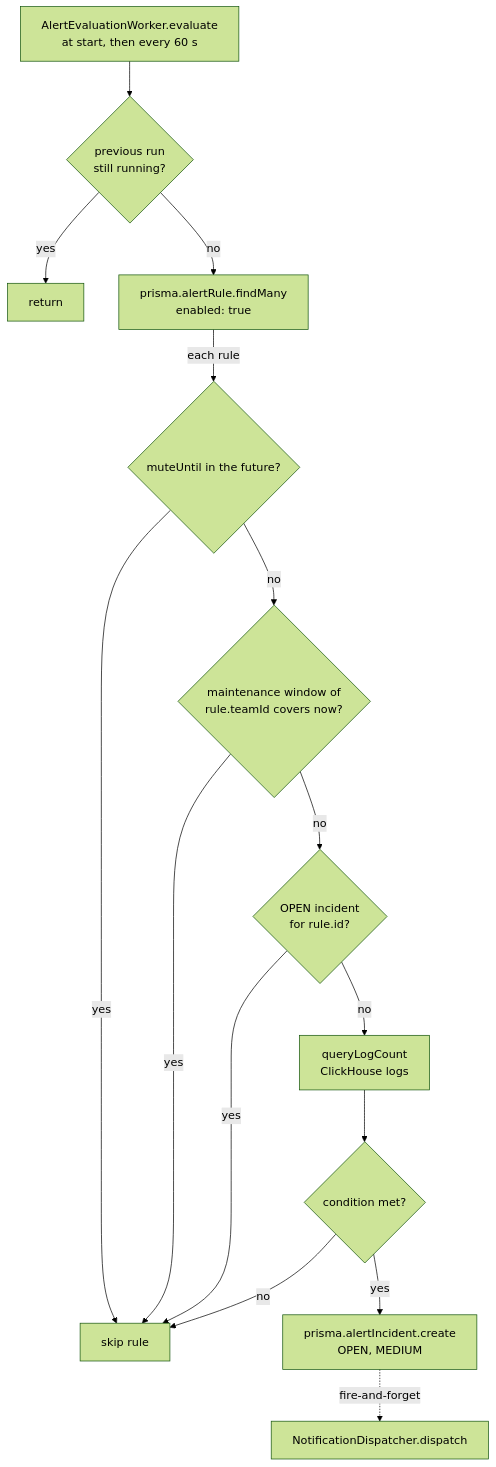
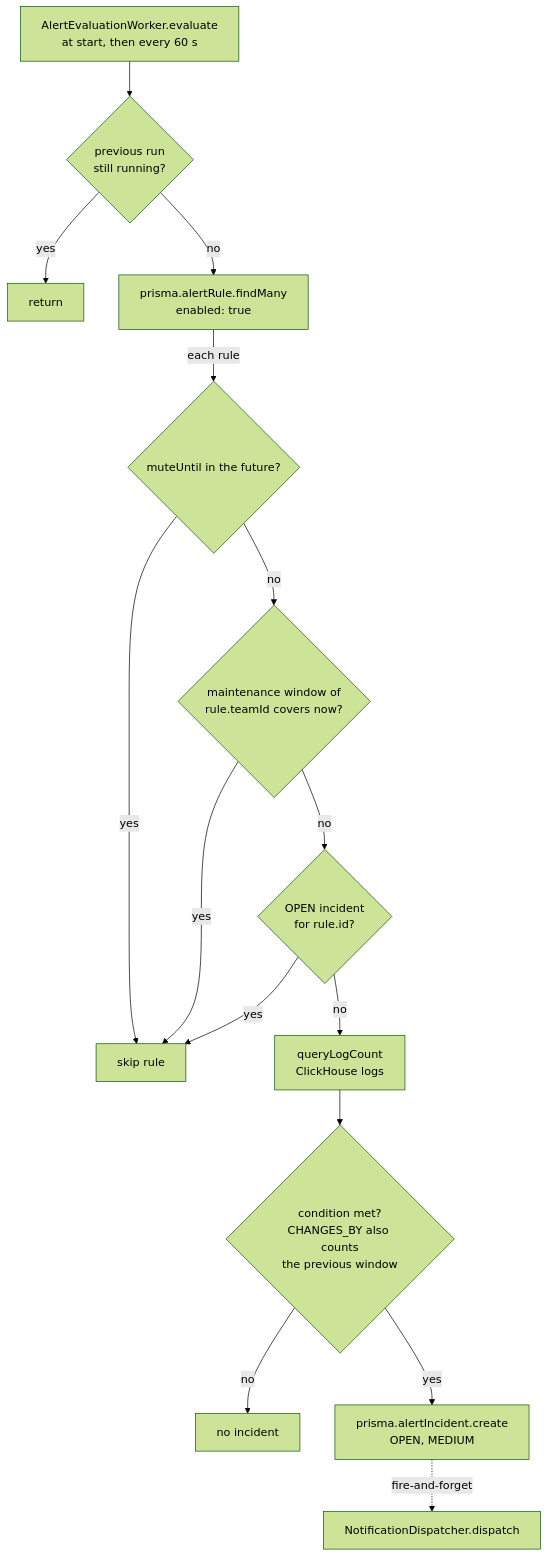
One commit to LanNguyenSi/telerithm changed the diagram in docs/okf/alert-evaluation-and-incident-lifecycle.md. Above: the diagram before and after it, drawn with Mermaid (forest theme). The commit also changed other lines of this file and 8 other files, not shown here.

````diff
--- a/docs/okf/alert-evaluation-and-incident-lifecycle.md
+++ b/docs/okf/alert-evaluation-and-incident-lifecycle.md
@@ -40,17 +41,17 @@
 ```mermaid
 flowchart TD
   T["AlertEvaluationWorker.evaluate<br/>at start, then every 60 s"] --> G{"previous run<br/>still running?"}
   G -->|yes| E["return"]
   G -->|no| R["prisma.alertRule.findMany<br/>enabled: true"]
   R -->|each rule| M{"muteUntil in the future?"}
   M -->|yes| SK["skip rule"]
   M -->|no| MW{"maintenance window of<br/>rule.teamId covers now?"}
   MW -->|yes| SK
   MW -->|no| OI{"OPEN incident<br/>for rule.id?"}
   OI -->|yes| SK
   OI -->|no| Q["queryLogCount<br/>ClickHouse logs"]
-  Q --> C{"condition met?"}
-  C -->|no| SK
+  Q --> C{"condition met?<br/>CHANGES_BY also counts<br/>the previous window"}
+  C -->|no| N["no incident"]
   C -->|yes| I["prisma.alertIncident.create<br/>OPEN, MEDIUM"]
   I -.->|fire-and-forget| D["NotificationDispatcher.dispatch"]
 ```
````
